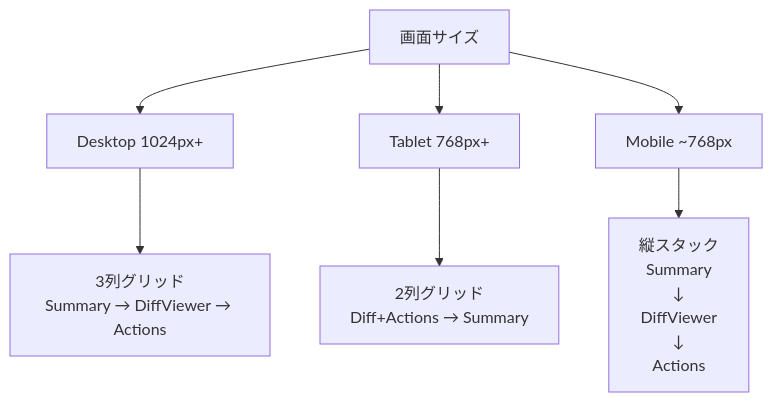
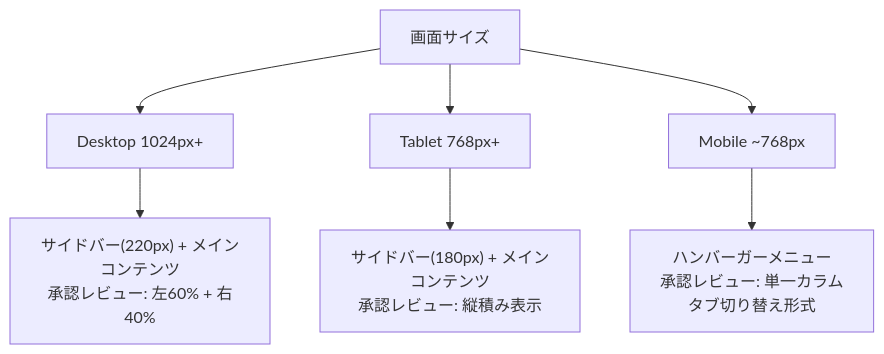
One commit to ekrsw/knowledge_app changed the seventh of 15 diagrams in frontend/docs/architecture.md. Above: the diagram before and after it, drawn with Mermaid. The commit also changed other lines of this file, not shown here.

````diff
--- a/frontend/docs/architecture.md
+++ b/frontend/docs/architecture.md
@@ -72,10 +110,10 @@
 ```mermaid
 graph TD
-    D[画面サイズ] --> E[Desktop 1024px+]
-    D --> F[Tablet 768px+]
-    D --> G[Mobile ~768px]
-    
-    E --> H["3列グリッド<br/>Summary → DiffViewer → Actions"]
-    F --> I["2列グリッド<br/>Diff+Actions → Summary"]
-    G --> J[縦スタック<br/>Summary<br/>↓<br/>DiffViewer<br/>↓<br/>Actions]
+    I[画面サイズ] --> J[Desktop 1024px+]
+    I --> K[Tablet 768px+]
+    I --> L[Mobile ~768px]
+
+    J --> M["サイドバー(220px) + メインコンテンツ<br/>承認レビュー: 左60% + 右40%"]
+    K --> N["サイドバー(180px) + メインコンテンツ<br/>承認レビュー: 縦積み表示"]
+    L --> O["ハンバーガーメニュー<br/>承認レビュー: 単一カラム<br/>タブ切り替え形式"]
 ```
````
